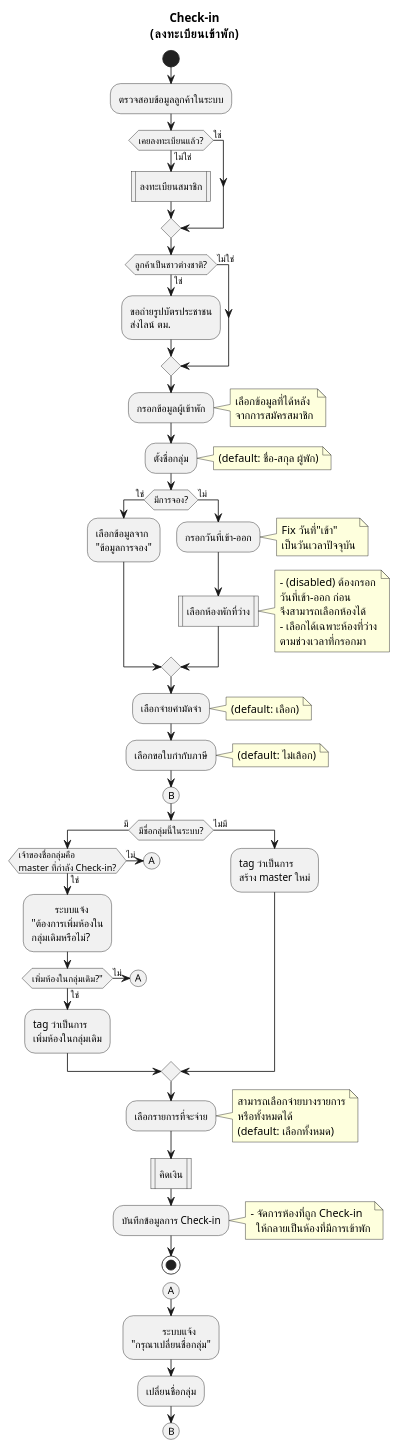
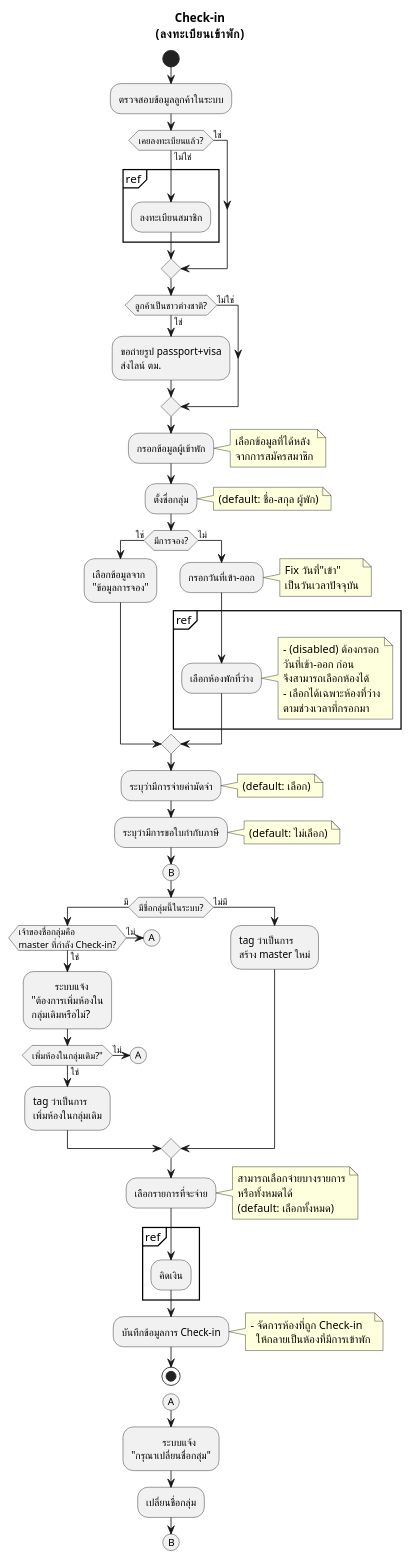
One commit to cheat13/Prompiman_Diagram changed the diagram in activity-diagram/Check-in/Check-in.md. Above: the diagram before and after it, drawn with PlantUML. The commit also changed 7 other files, not shown here.

```diff
--- a/activity-diagram/Check-in/Check-in.md
+++ b/activity-diagram/Check-in/Check-in.md
@@ -5,12 +5,14 @@
 :ตรวจสอบข้อมูลลูกค้าในระบบ;
 
 if (เคยลงทะเบียนแล้ว?) then (ไม่ใช่)
-    :ลงทะเบียนสมาชิก|
+    partition ref {
+        :ลงทะเบียนสมาชิก;
+    }
 else (ใช่)
 endif
 
 if (ลูกค้าเป็นชาวต่างชาติ?) then (ใช่)
-    :ขอถ่ายรูปบัตรประชาชน
+    :ขอถ่ายรูป passport+visa
     ส่งไลน์ ตม.;
 else (ไม่ใช่)
 endif
@@ -33,20 +35,22 @@
         เป็นวันเวลาปัจจุบัน
     endnote
 
-    :เลือกห้องพักที่ว่าง|
-    note right
-        - (disabled) ต้องกรอก
-        วันที่เข้า-ออก ก่อน
-        จึงสามารถเลือกห้องได้
-        - เลือกได้เฉพาะห้องที่ว่าง
-        ตามช่วงเวลาที่กรอกมา
-    endnote
+    partition ref {
+        :เลือกห้องพักที่ว่าง;
+        note right
+            - (disabled) ต้องกรอก
+            วันที่เข้า-ออก ก่อน
+            จึงสามารถเลือกห้องได้
+            - เลือกได้เฉพาะห้องที่ว่าง
+            ตามช่วงเวลาที่กรอกมา
+        endnote
+    }
 
 endif
 
-:เลือกจ่ายค่ามัดจำ;
+:ระบุว่ามีการจ่ายค่ามัดจำ;
 note right: (default: เลือก)
-:เลือกขอใบกำกับภาษี;
+:ระบุว่ามีการขอใบกำกับภาษี;
 note right: (default: ไม่เลือก)
 
 (B)
@@ -74,7 +78,10 @@
     (default: เลือกทั้งหมด)
 endnote
 
-:คิดเงิน|
+partition ref {
+    :คิดเงิน;
+}
+
 :บันทึกข้อมูลการ Check-in;
 note right
     - จัดการห้องที่ถูก Check-in 
```
